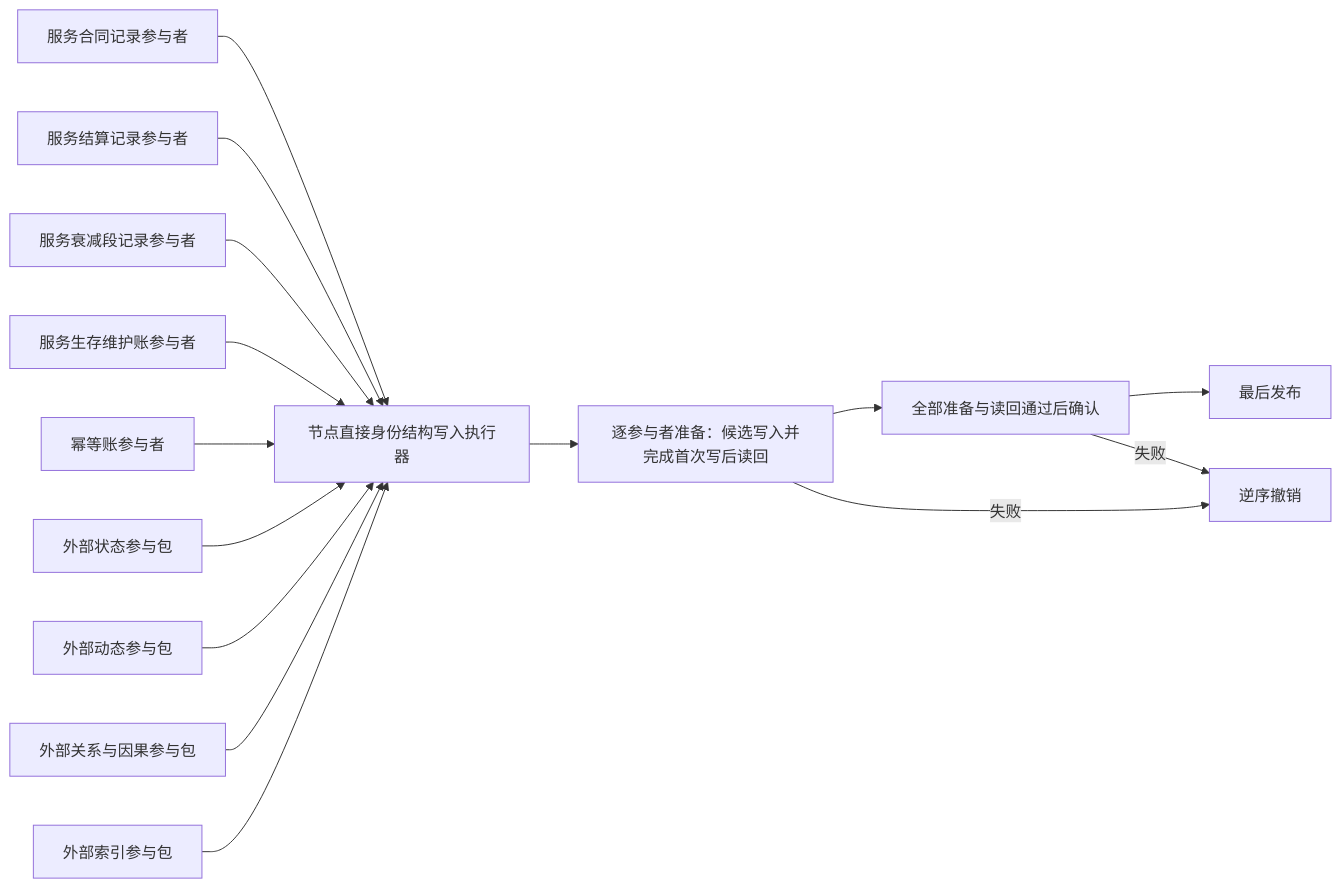
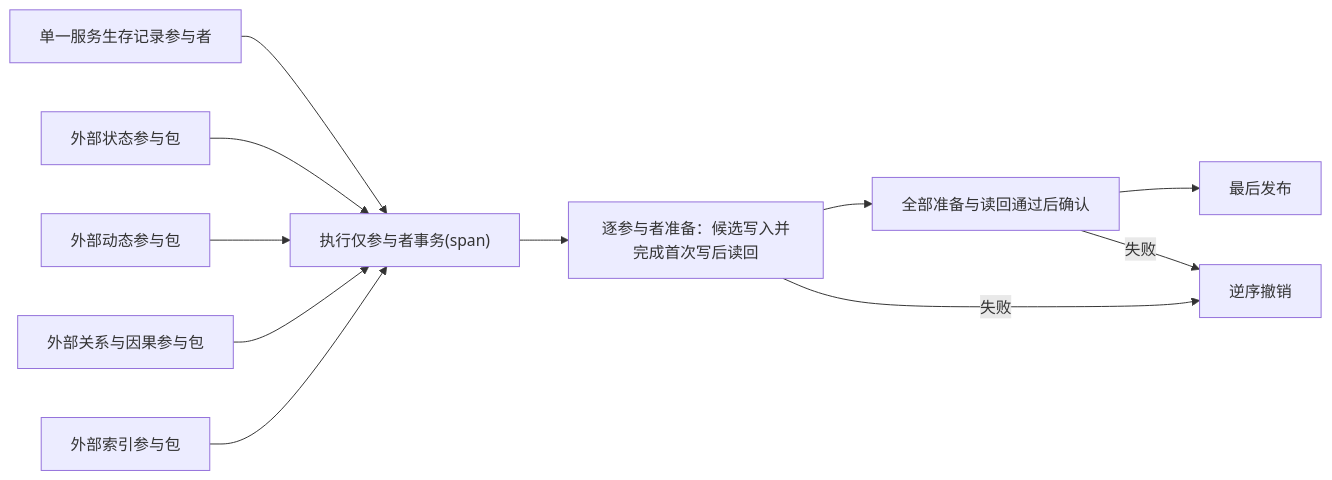
One commit to chunhaizh-cyber/HY-Ego changed the third of 3 diagrams in 规范/详细设计/函数结构知识图谱/20260724_SERVICE-SURVIVAL_服务合同衰减与生存安全回归函数结构知识图谱.md. Above: the diagram before and after it, drawn with Mermaid. The commit also changed other lines of this file and 33 other files, not shown here.

````diff
--- a/规范/详细设计/函数结构知识图谱/20260724_SERVICE-SURVIVAL_服务合同衰减与生存安全回归函数结构知识图谱.md
+++ b/规范/详细设计/函数结构知识图谱/20260724_SERVICE-SURVIVAL_服务合同衰减与生存安全回归函数结构知识图谱.md
@@ -267,17 +315,13 @@
 ```mermaid
 flowchart LR
-    A["服务合同记录参与者"] --> X["节点直接身份结构写入执行器"]
-    B["服务结算记录参与者"] --> X
-    C["服务衰减段记录参与者"] --> X
-    D["服务生存维护账参与者"] --> X
-    E["幂等账参与者"] --> X
+    A["单一服务生存记录参与者"] --> X["执行仅参与者事务(span)"]
     F["外部状态参与包"] --> X
     G["外部动态参与包"] --> X
     H["外部关系与因果参与包"] --> X
     I["外部索引参与包"] --> X
     X --> J["逐参与者准备：候选写入并完成首次写后读回"]
     J --> K["全部准备与读回通过后确认"]
     K --> M["最后发布"]
     J -->|失败| R["逆序撤销"]
     K -->|失败| R
 ```
````
